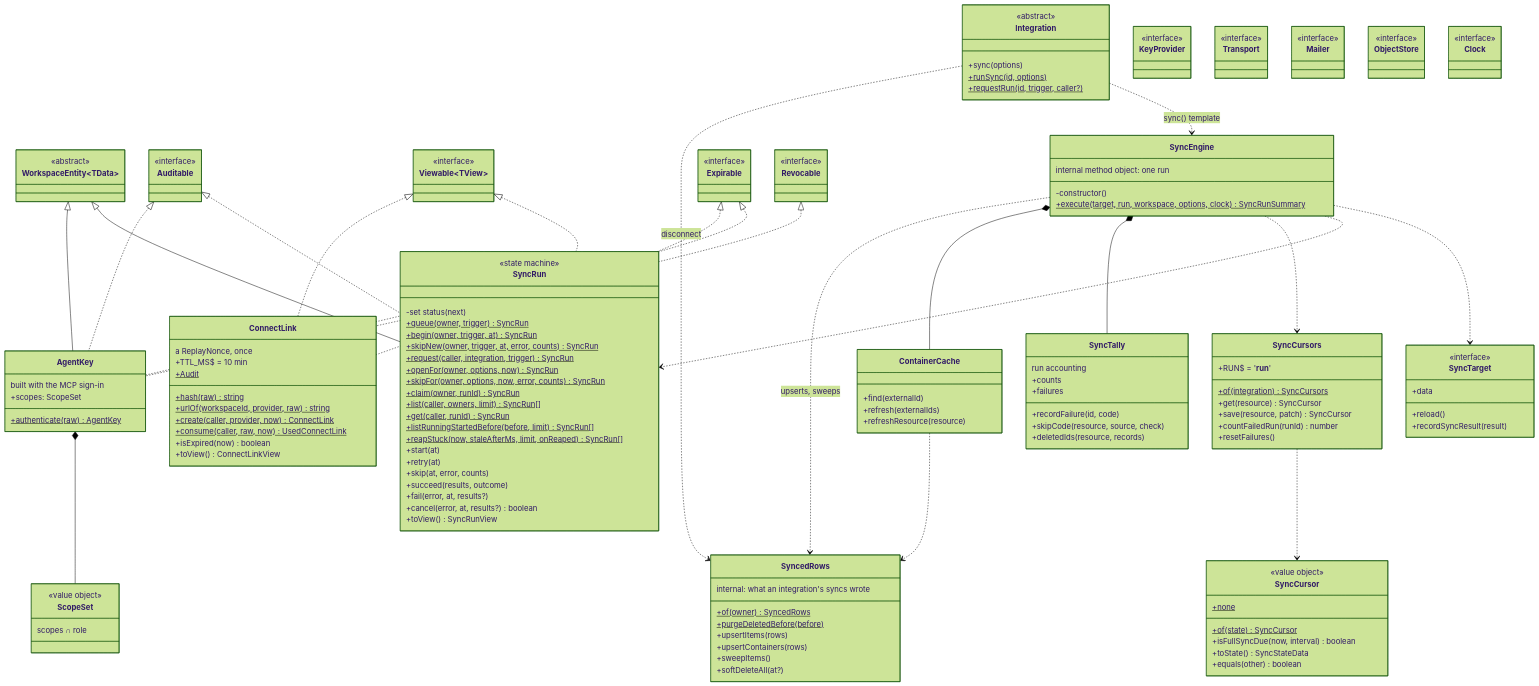
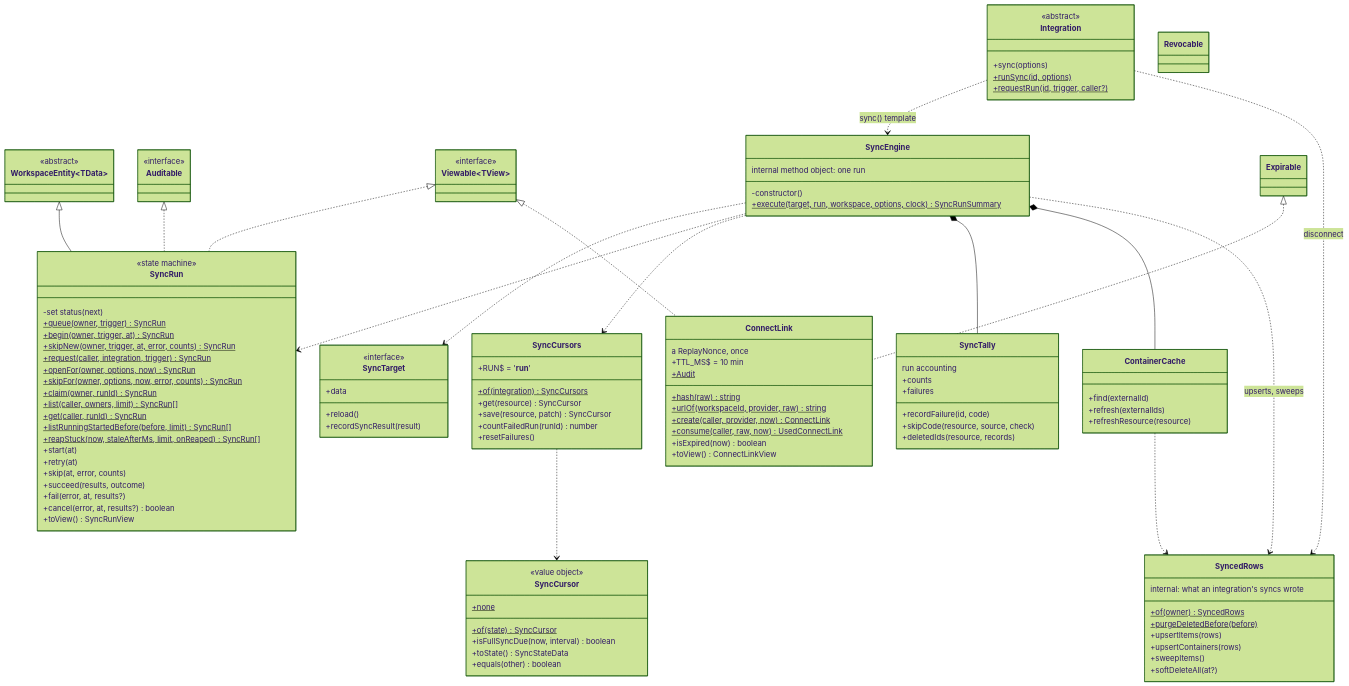
Before and after one commit to shalev396/ToDoList: the eighth of 9 diagrams in docs/design/CLASSES.md, drawn with Mermaid (forest theme). The commit also changed other lines of this file, not shown here.

Commit message:
docs: CLASSES.md is the final class reference (agent keys, MCP sign-in, gate tests)

````diff
--- a/docs/design/CLASSES.md
+++ b/docs/design/CLASSES.md
@@ -2122,29 +2103,6 @@
   SyncEngine *-- ContainerCache
   SyncEngine ..> SyncedRows : upserts, sweeps
   ContainerCache ..> SyncedRows
-  class AgentKey {
-    built with the MCP sign-in
-    +authenticate(raw)$ AgentKey
-    +scopes: ScopeSet
-  }
-  WorkspaceEntity <|-- AgentKey
-  class Expirable {
-    <<interface>>
-  }
-  class Revocable {
-    <<interface>>
-  }
-  class Auditable {
-    <<interface>>
-  }
-  Expirable <|.. AgentKey
-  Revocable <|.. AgentKey
-  Auditable <|.. AgentKey
-  class ScopeSet {
-    <<value object>>
-    scopes ∩ role
-  }
-  AgentKey *-- ScopeSet
   class ConnectLink {
     a ReplayNonce, once
     +TTL_MS$ = 10 min
@@ -2158,24 +2116,8 @@
   }
   Expirable <|.. ConnectLink
   Viewable <|.. ConnectLink
-  class KeyProvider {
-    <<interface>>
-  }
-  class Transport {
-    <<interface>>
-  }
-  class Mailer {
-    <<interface>>
-  }
-  class ObjectStore {
-    <<interface>>
-  }
-  class Clock {
-    <<interface>>
-  }
 
   classDef built fill:#d1fae5,stroke:#047857,stroke-width:2px
-  classDef planned fill:#f3f4f6,stroke:#9ca3af,stroke-dasharray:5 5,color:#4b5563
   class WorkspaceEntity:::built
   class Expirable:::built
   class Revocable:::built
@@ -2190,12 +2132,5 @@
   class ContainerCache:::built
   class SyncedRows:::built
   class Integration:::built
-  class AgentKey:::built
-  class ScopeSet:::planned
   class ConnectLink:::built
-  class KeyProvider:::planned
-  class Transport:::planned
-  class Mailer:::planned
-  class ObjectStore:::planned
-  class Clock:::planned
 ```
````
